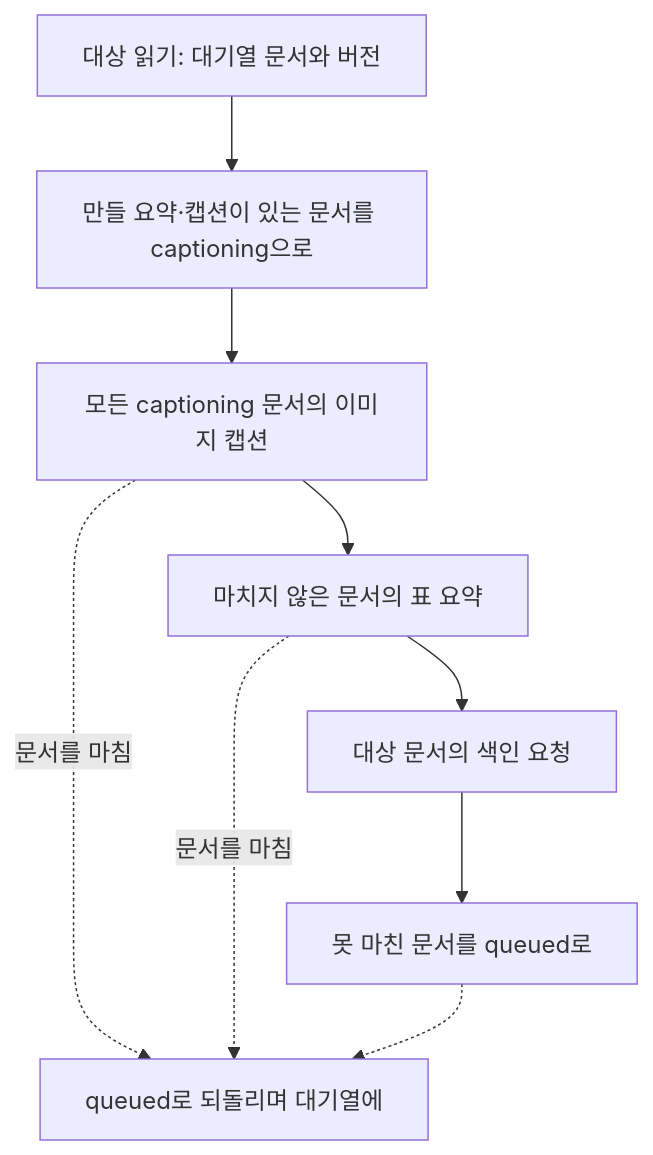
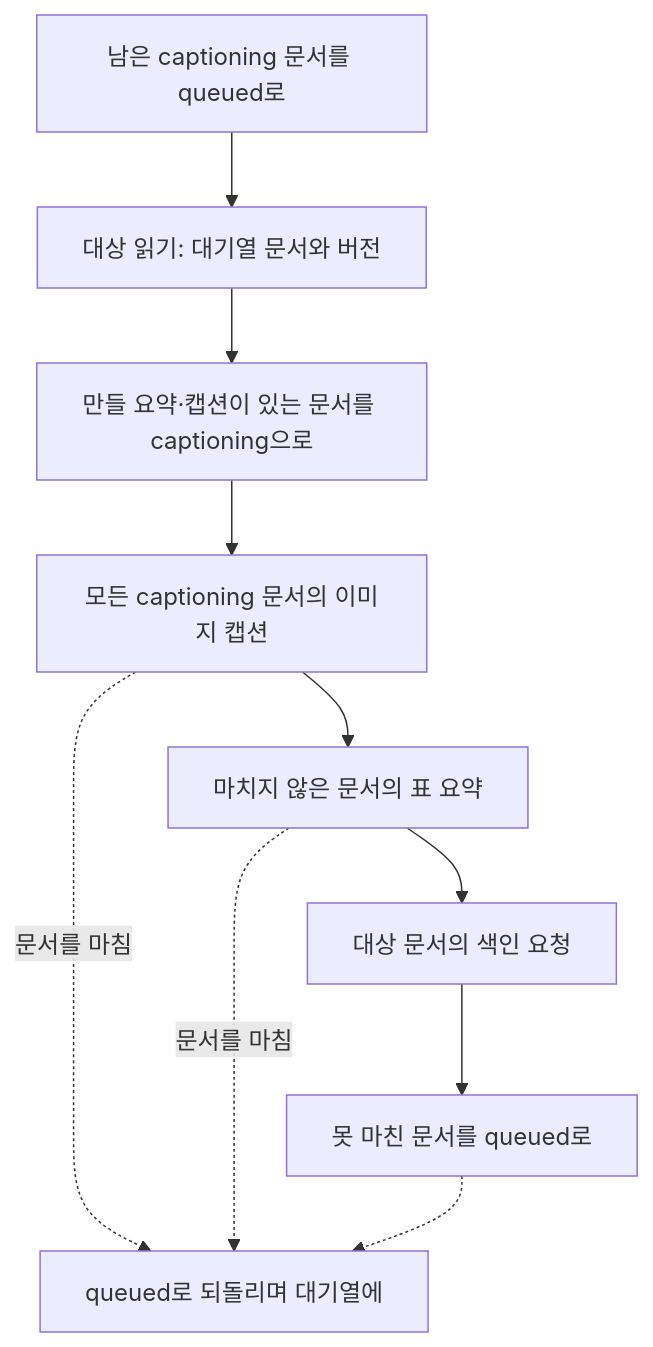
The fourth of 4 diagrams in apps/backend/src/documents/MODULE.md (victor7-aquila/minerva), drawn with Mermaid before and after one commit. The commit also changed other lines of this file, not shown here.

````diff
--- a/apps/backend/src/documents/MODULE.md
+++ b/apps/backend/src/documents/MODULE.md
@@ -659,11 +664,11 @@
 ```mermaid
 flowchart TB
-    S["대상 읽기: 대기열 문서와 버전"] --> C["만들 요약·캡션이 있는 문서를 captioning으로"]
+    Z["남은 captioning 문서를 queued로"] --> S["대상 읽기: 대기열 문서와 버전"] --> C["만들 요약·캡션이 있는 문서를 captioning으로"]
     C --> I["모든 captioning 문서의 이미지 캡션"]
     I --> T["마치지 않은 문서의 표 요약"]
     T --> X["대상 문서의 색인 요청"]
     X --> R["못 마친 문서를 queued로"]
     I -.->|문서를 마침| Q["queued로 되돌리며 대기열에"]
     T -.->|문서를 마침| Q
     R -.-> Q
 ```
````
